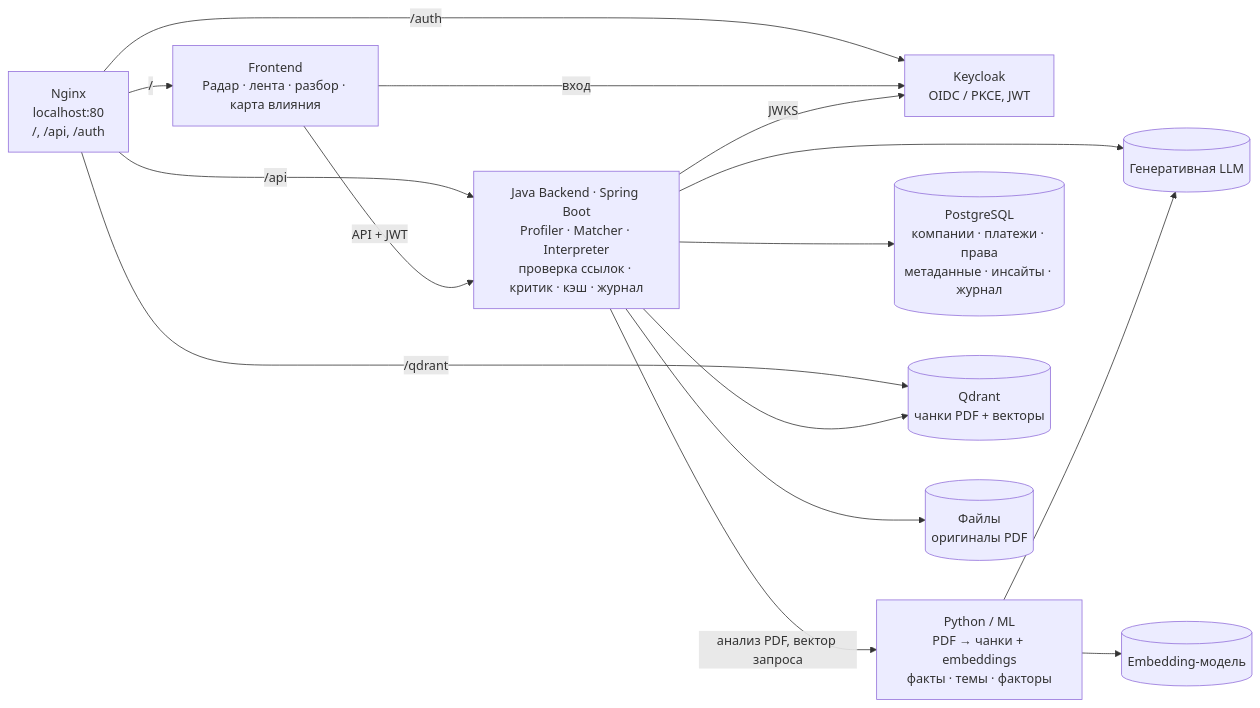
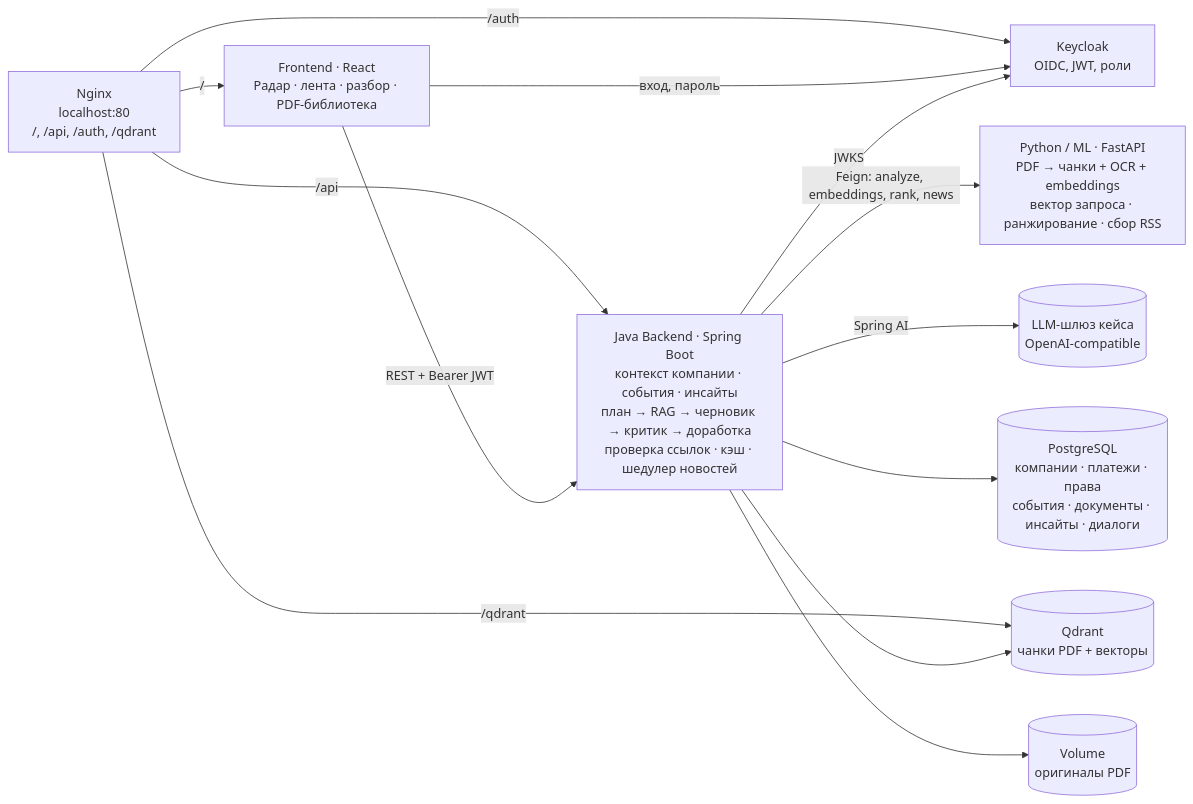
One commit to VadimLedvanov/alfa-business-insights changed the diagram in README.md. Above: the diagram before and after it, drawn with Mermaid. The commit also changed other lines of this file, not shown here.

````diff
--- a/README.md
+++ b/README.md
@@ -77,28 +57,25 @@
 ```mermaid
 flowchart LR
-    NG[Nginx<br/>localhost:80<br/>/, /api, /auth]
-    FE[Frontend<br/>Радар · лента · разбор · карта влияния]
-    KC[Keycloak<br/>OIDC / PKCE, JWT]
-    BE[Java Backend · Spring Boot<br/>Profiler · Matcher · Interpreter<br/>проверка ссылок · критик · кэш · журнал]
-    ML[Python / ML<br/>PDF → чанки + embeddings<br/>факты · темы · факторы]
-    LLM[(Генеративная LLM)]
-    EMB[(Embedding-модель)]
-    PG[(PostgreSQL<br/>компании · платежи · права<br/>метаданные · инсайты · журнал)]
+    NG[Nginx<br/>localhost:80<br/>/, /api, /auth, /qdrant]
+    FE[Frontend · React<br/>Радар · лента · разбор · PDF-библиотека]
+    KC[Keycloak<br/>OIDC, JWT, роли]
+    BE[Java Backend · Spring Boot<br/>контекст компании · события · инсайты<br/>план → RAG → черновик → критик → доработка<br/>проверка ссылок · кэш · шедулер новостей]
+    ML[Python / ML · FastAPI<br/>PDF → чанки + OCR + embeddings<br/>вектор запроса · ранжирование · сбор RSS]
+    LLM[(LLM-шлюз кейса<br/>OpenAI-compatible)]
+    PG[(PostgreSQL<br/>компании · платежи · права<br/>события · документы · инсайты · диалоги)]
     QD[(Qdrant<br/>чанки PDF + векторы)]
-    FS[(Файлы<br/>оригиналы PDF)]
+    FS[(Volume<br/>оригиналы PDF)]
 
     NG -->|/| FE
     NG -->|/api| BE
     NG -->|/auth| KC
     NG -->|/qdrant| QD
-    FE -->|вход| KC
-    FE -->|API + JWT| BE
+    FE -->|вход, пароль| KC
+    FE -->|REST + Bearer JWT| BE
     BE -->|JWKS| KC
-    BE -->|анализ PDF, вектор запроса| ML
-    BE --> LLM
-    ML --> LLM
-    ML --> EMB
+    BE -->|Feign: analyze, embeddings, rank, news| ML
+    BE -->|Spring AI| LLM
     BE --> PG
     BE --> QD
     BE --> FS
 ```
````
